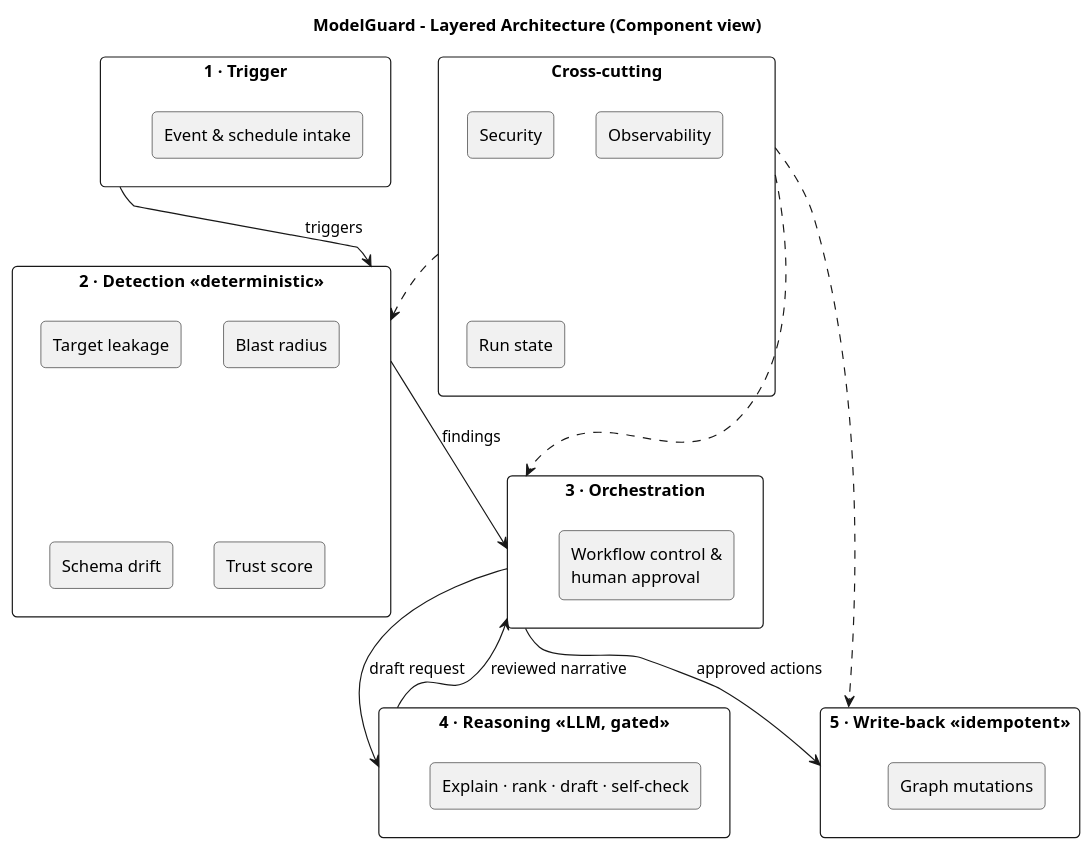
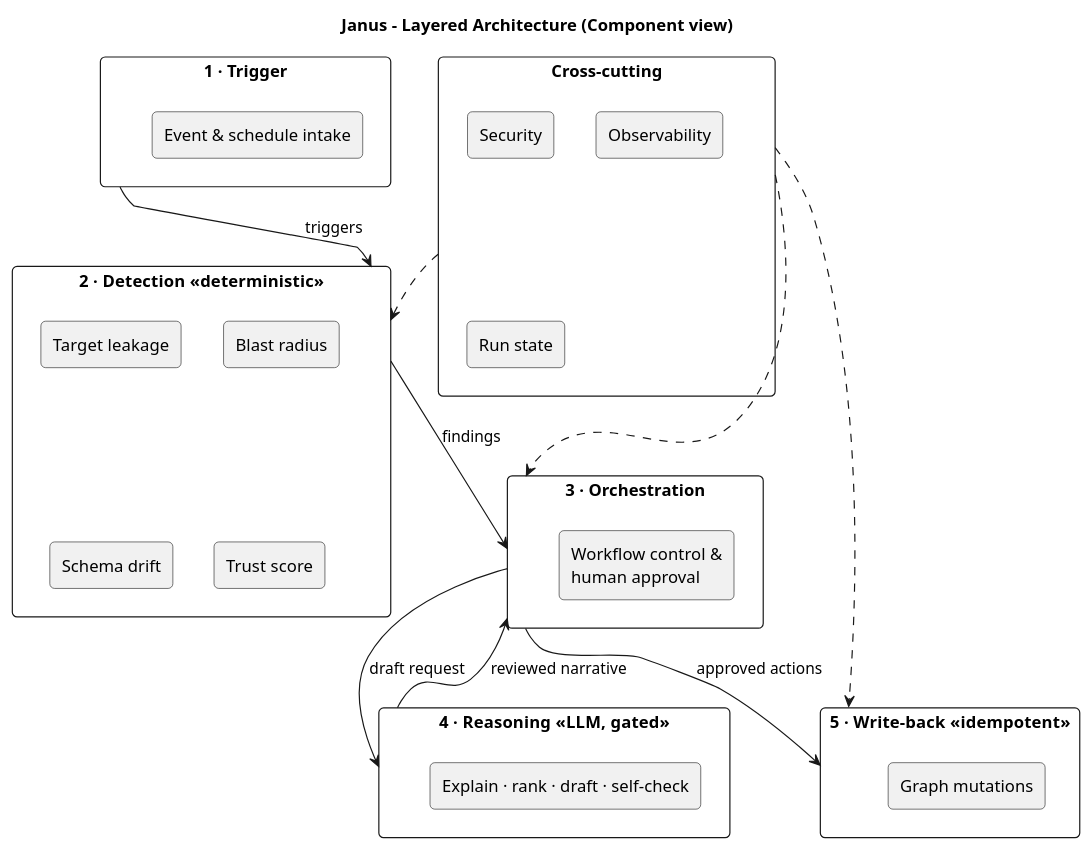
One commit to Ahmedxsaad/Janus changed the second of 5 diagrams in docs/plan/architecture.md. Above: the diagram before and after it, drawn with PlantUML. The commit also changed other lines of this file and 338 other files, not shown here.

````diff
--- a/docs/plan/architecture.md
+++ b/docs/plan/architecture.md
@@ -77,43 +77,43 @@
 ```plantuml
 @startuml
-title ModelGuard - Layered Architecture (Component view)
+title Janus - Layered Architecture (Component view)
 skinparam shadowing false
 skinparam roundcorner 8
 skinparam componentStyle rectangle
 skinparam packageStyle rectangle
 skinparam defaultFontName "Helvetica"
 
 package "1 · Trigger" as L1 {
   component "Event & schedule intake" as C1
 }
 package "2 · Detection  «deterministic»" as L2 {
   component "Target leakage" as D1
   component "Blast radius" as D2
   component "Schema drift" as D3
   component "Trust score" as D4
 }
 package "3 · Orchestration" as L3 {
   component "Workflow control &\nhuman approval" as C3
 }
 package "4 · Reasoning  «LLM, gated»" as L4 {
   component "Explain · rank · draft · self-check" as C4
 }
 package "5 · Write-back  «idempotent»" as L5 {
   component "Graph mutations" as C5
 }
 package "Cross-cutting" as X {
   component "Security" as X1
   component "Observability" as X2
   component "Run state" as X3
 }
 
 L1 --> L2 : triggers
 L2 --> L3 : findings
 L3 --> L4 : draft request
 L4 --> L3 : reviewed narrative
 L3 --> L5 : approved actions
 X ..> L2
 X ..> L3
 X ..> L5
 @enduml
 ```
````
